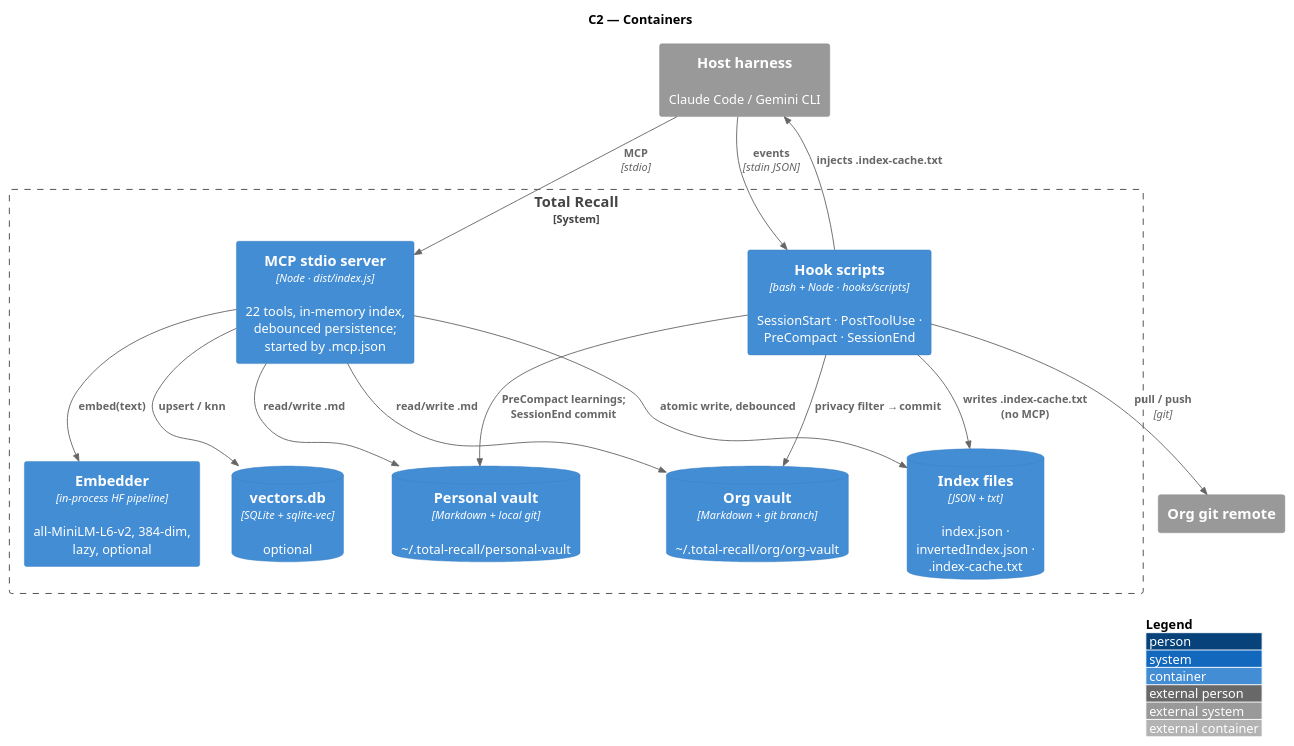
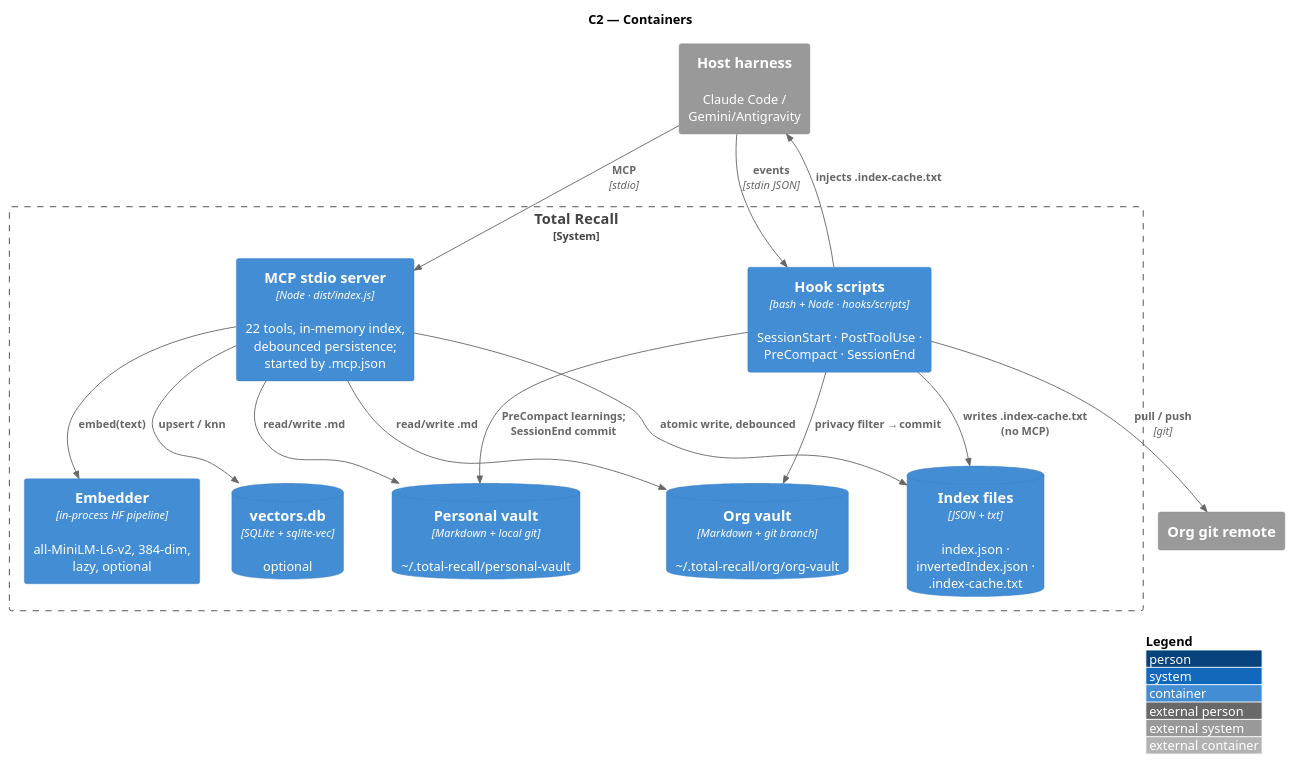
One commit to adrian-balaban/total-recall changed the diagram in plugins/total-recall/architecture/diagrams/c2-containers.puml. Above: the diagram before and after it, drawn with PlantUML. The commit also changed 13 other files, not shown here.

```diff
--- a/plugins/total-recall/architecture/diagrams/c2-containers.puml
+++ b/plugins/total-recall/architecture/diagrams/c2-containers.puml
@@ -1,31 +1,31 @@
 @startuml c2-containers
 !include <C4/C4_Container>
 skinparam defaultFontName Helvetica
 LAYOUT_WITH_LEGEND()
 title C2 — Containers
 
-System_Ext(host, "Host harness", "Claude Code / Gemini CLI")
+System_Ext(host, "Host harness", "Claude Code / Gemini/Antigravity")
 System_Boundary(tr, "Total Recall") {
   Container(mcp, "MCP stdio server", "Node · dist/index.js", "22 tools, in-memory index, debounced persistence; started by .mcp.json")
   Container(hooks, "Hook scripts", "bash + Node · hooks/scripts", "SessionStart · PostToolUse · PreCompact · SessionEnd")
   Container(emb, "Embedder", "in-process HF pipeline", "all-MiniLM-L6-v2, 384-dim, lazy, optional")
   ContainerDb(pv, "Personal vault", "Markdown + local git", "<U+007E>/.total-recall/personal-vault")
   ContainerDb(ov, "Org vault", "Markdown + git branch", "<U+007E>/.total-recall/org/org-vault")
   ContainerDb(idx, "Index files", "JSON + txt", "index.json · invertedIndex.json · .index-cache.txt")
   ContainerDb(vdb, "vectors.db", "SQLite + sqlite-vec", "optional")
 }
 System_Ext(repo, "Org git remote")
 
 Rel(host, mcp, "MCP", "stdio")
 Rel(host, hooks, "events", "stdin JSON")
 Rel(hooks, host, "injects .index-cache.txt")
 Rel(mcp, pv, "read/write .md")
 Rel(mcp, ov, "read/write .md")
 Rel(mcp, idx, "atomic write, debounced")
 Rel(mcp, emb, "embed(text)")
 Rel(mcp, vdb, "upsert / knn")
 Rel(hooks, idx, "writes .index-cache.txt (no MCP)")
 Rel(hooks, pv, "PreCompact learnings; SessionEnd commit")
 Rel(hooks, ov, "privacy filter → commit")
 Rel(hooks, repo, "pull / push", "git")
 @enduml
```
